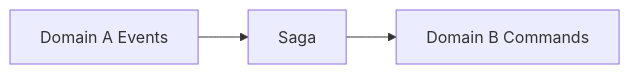
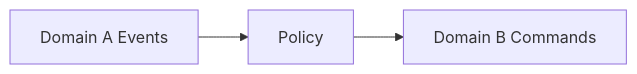
The fourth of 5 diagrams in site/src/content/docs/patterns-explained.mdx (angzarr-io/angzarr-project), drawn with Mermaid before and after one commit. The commit also changed other lines of this file and 52 other files, not shown here.

````diff
--- a/site/src/content/docs/patterns-explained.mdx
+++ b/site/src/content/docs/patterns-explained.mdx
@@ -225,4 +225,4 @@
 ```mermaid
 flowchart LR
-    A[Domain A Events] --> S[Saga] --> B[Domain B Commands]
+    A[Domain A Events] --> S[Policy] --> B[Domain B Commands]
 ```
````
